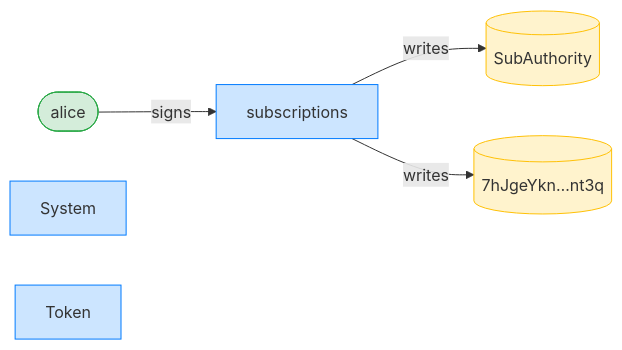
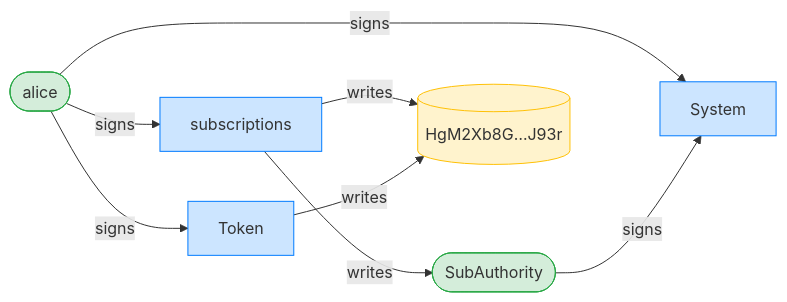
Before and after one commit to cds-rs/subscriptions: diagram 11 of 12 in dsl_tests/subscribe-rejects-a-mint-mismatch.md, drawn with Mermaid. The commit also changed other lines of this file and 224 other files, not shown here.

````diff
--- a/dsl_tests/subscribe-rejects-a-mint-mismatch.md
+++ b/dsl_tests/subscribe-rejects-a-mint-mismatch.md
@@ -207,15 +216,19 @@
 ```mermaid
 flowchart LR
     classDef signer fill:#d4edda,stroke:#28a745;
     classDef program fill:#cce5ff,stroke:#007bff;
     classDef writable fill:#fff3cd,stroke:#ffc107;
     subscriptions[subscriptions]:::program
     alice([alice]):::signer
-    SubAuthority[(SubAuthority)]:::writable
-    7hJgeYkn_nt3q[("7hJgeYkn…nt3q")]:::writable
+    SubAuthority([SubAuthority]):::signer
+    HgM2Xb8G_J93r[("HgM2Xb8G…J93r")]:::writable
     System[System]:::program
     Token[Token]:::program
     alice -->|signs| subscriptions
+    alice -->|signs| System
+    SubAuthority -->|signs| System
+    alice -->|signs| Token
     subscriptions -->|writes| SubAuthority
-    subscriptions -->|writes| 7hJgeYkn_nt3q
+    subscriptions -->|writes| HgM2Xb8G_J93r
+    Token -->|writes| HgM2Xb8G_J93r
 ```
````
